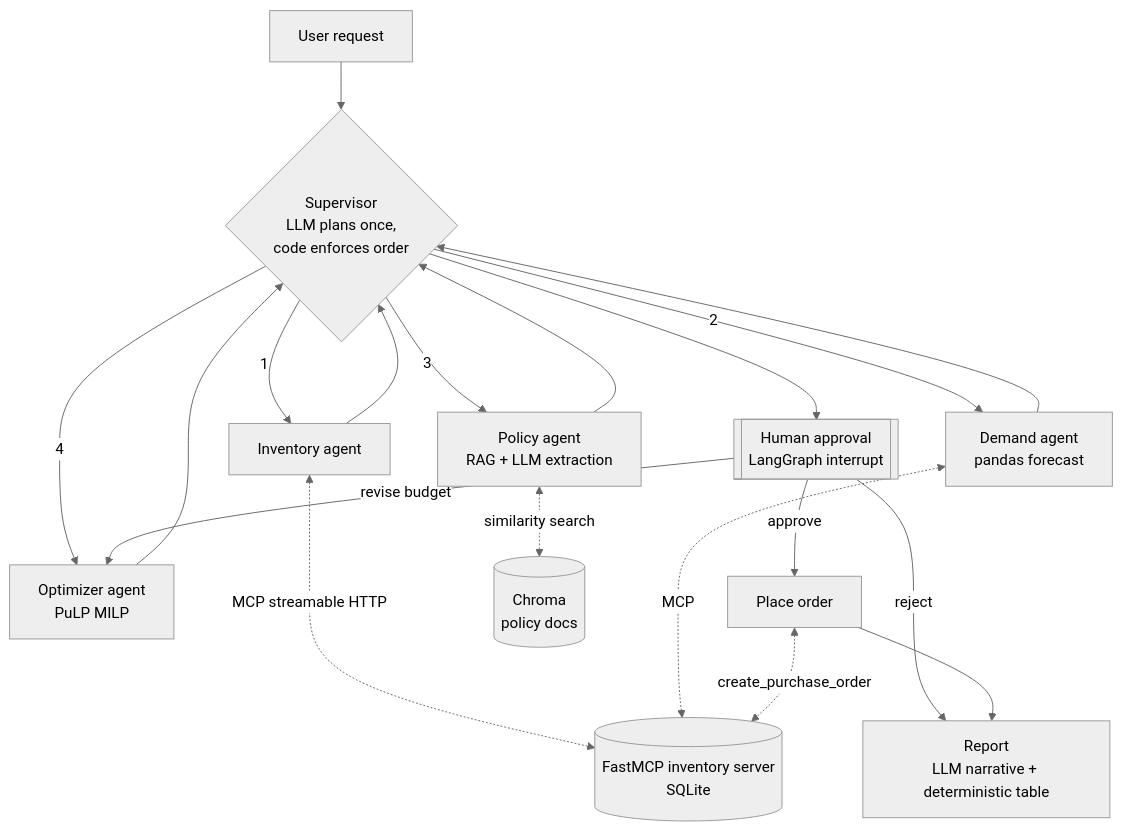
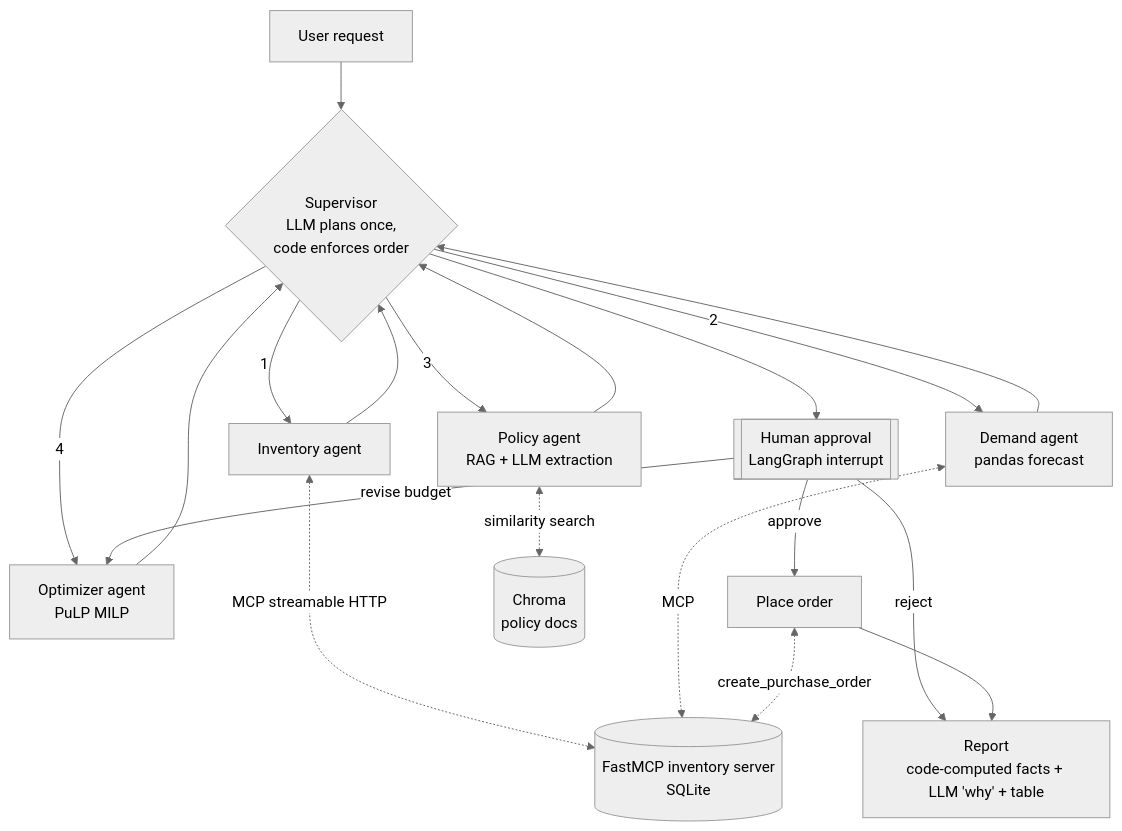
Before and after one commit to rkoush/inventory-replenishment-multi-agent-copilot: the diagram in README.md, drawn with Mermaid (neutral theme). The commit also changed other lines of this file and 5 other files, not shown here.

First line of the commit message:
Report: compute all numbers in code; LLM writes only a checked 'why' paragraph

````diff
--- a/README.md
+++ b/README.md
@@ -16,21 +16,21 @@
 ```mermaid
 flowchart TD
     U[User request] --> S{Supervisor<br/>LLM plans once,<br/>code enforces order}
     S -->|1| INV[Inventory agent]
     S -->|2| DEM[Demand agent<br/>pandas forecast]
     S -->|3| POL[Policy agent<br/>RAG + LLM extraction]
     S -->|4| OPT[Optimizer agent<br/>PuLP MILP]
     INV --> S
     DEM --> S
     POL --> S
     OPT --> S
     S --> H[[Human approval<br/>LangGraph interrupt]]
     H -->|revise budget| OPT
     H -->|approve| PO[Place order]
     H -->|reject| R
-    PO --> R[Report<br/>LLM narrative + deterministic table]
+    PO --> R[Report<br/>code-computed facts + LLM 'why' + table]
     INV <-.MCP streamable HTTP.-> MCP[(FastMCP inventory server<br/>SQLite)]
     DEM <-.MCP.-> MCP
     PO <-.create_purchase_order.-> MCP
     POL <-.similarity search.-> VDB[(Chroma<br/>policy docs)]
 ```
````
